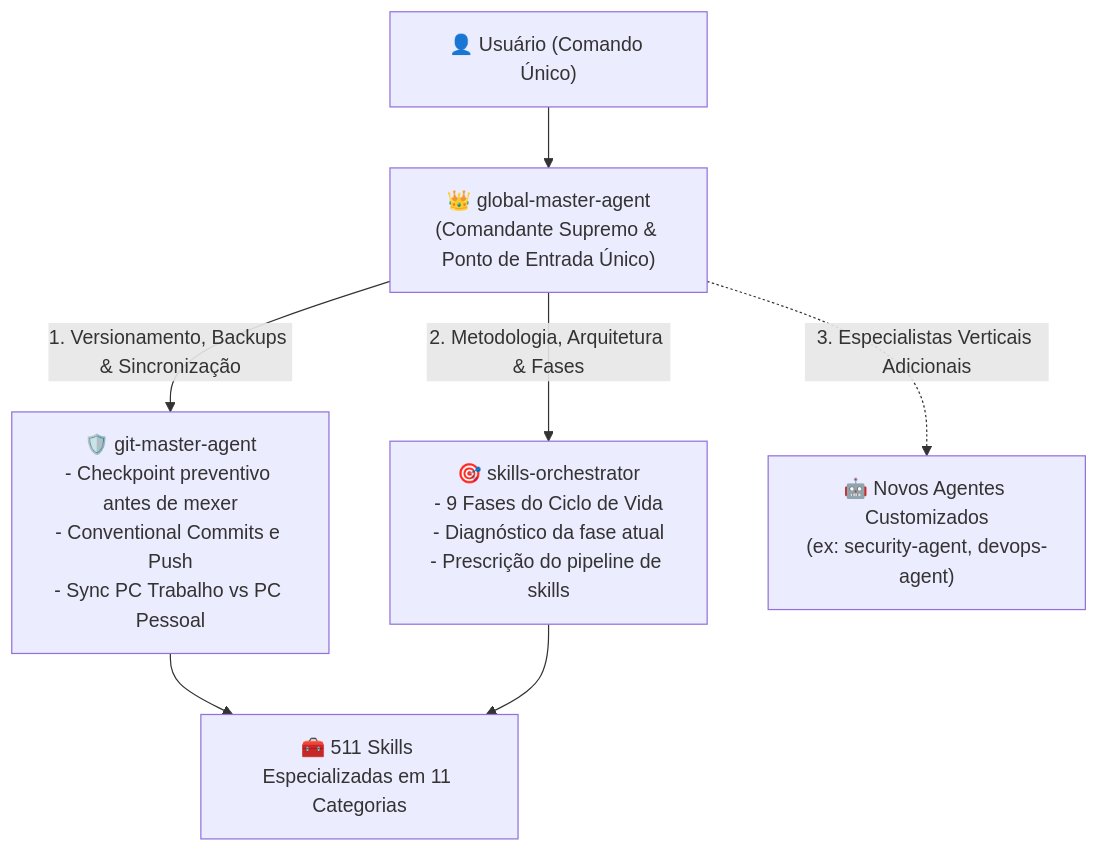
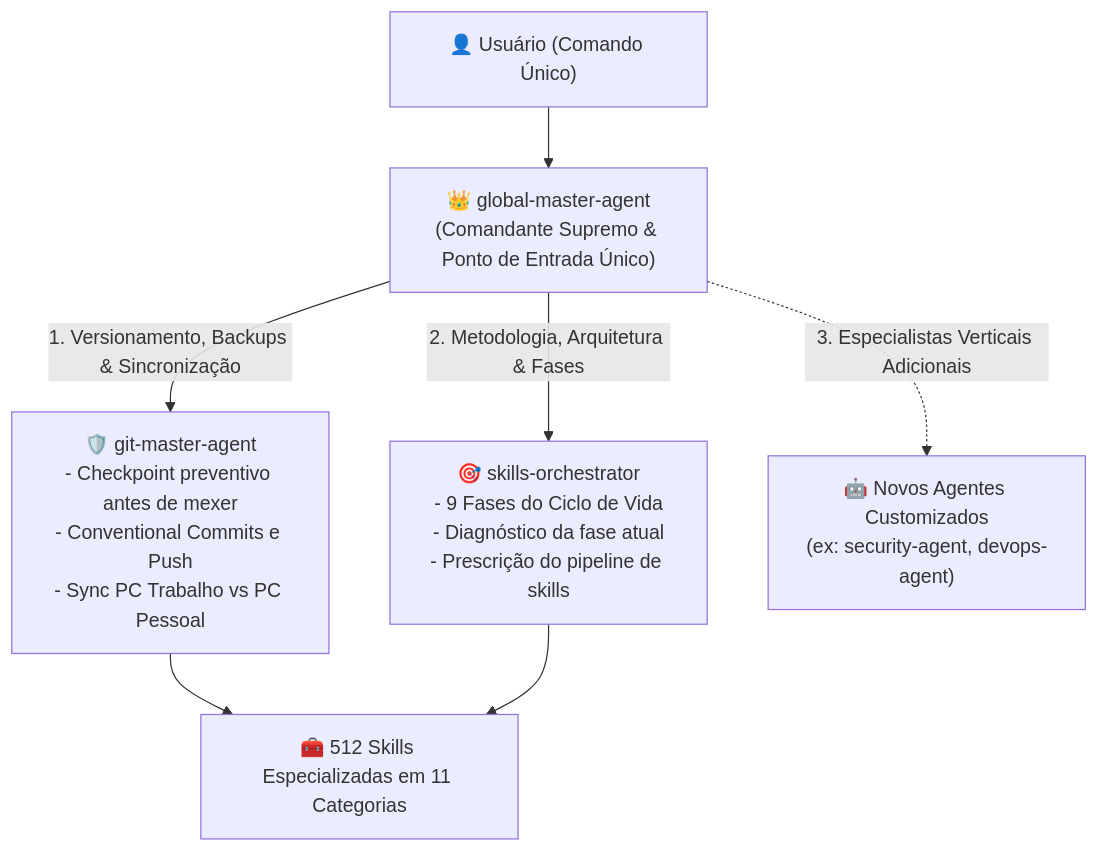
One commit to Henrique1601/SkiilsToIAs changed the diagram in custom-agents/README.md. Above: the diagram before and after it, drawn with Mermaid. The commit also changed other lines of this file and 13 other files, not shown here.

````diff
--- a/custom-agents/README.md
+++ b/custom-agents/README.md
@@ -32,13 +32,13 @@
 ```mermaid
 flowchart TD
     User["👤 Usuário (Comando Único)"] --> GMA["👑 global-master-agent<br/>(Comandante Supremo & Ponto de Entrada Único)"]
 
     GMA -->|"1. Versionamento, Backups & Sincronização"| GitMaster["🛡️ git-master-agent<br/>- Checkpoint preventivo antes de mexer<br/>- Conventional Commits e Push<br/>- Sync PC Trabalho vs PC Pessoal"]
     
     GMA -->|"2. Metodologia, Arquitetura & Fases"| Orch["🎯 skills-orchestrator<br/>- 9 Fases do Ciclo de Vida<br/>- Diagnóstico da fase atual<br/>- Prescrição do pipeline de skills"]
 
     GMA -.->|"3. Especialistas Verticais Adicionais"| Future["🤖 Novos Agentes Customizados<br/>(ex: security-agent, devops-agent)"]
 
-    GitMaster --> Skills["🧰 511 Skills Especializadas em 11 Categorias"]
+    GitMaster --> Skills["🧰 512 Skills Especializadas em 11 Categorias"]
     Orch --> Skills
 ```
````
